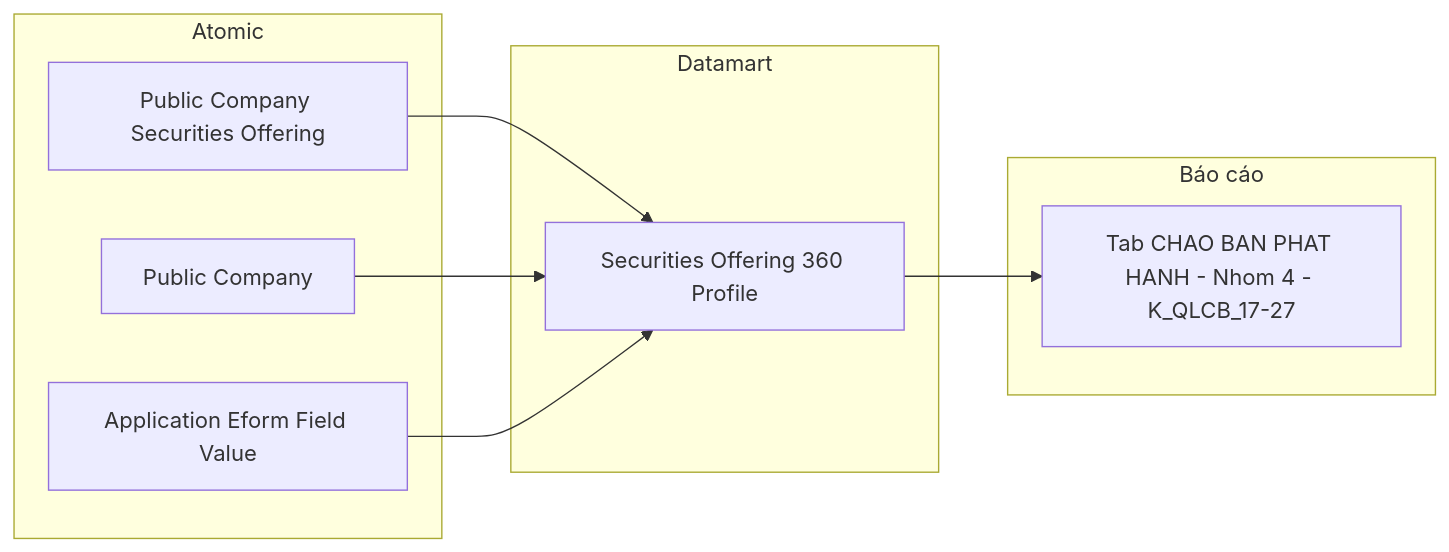
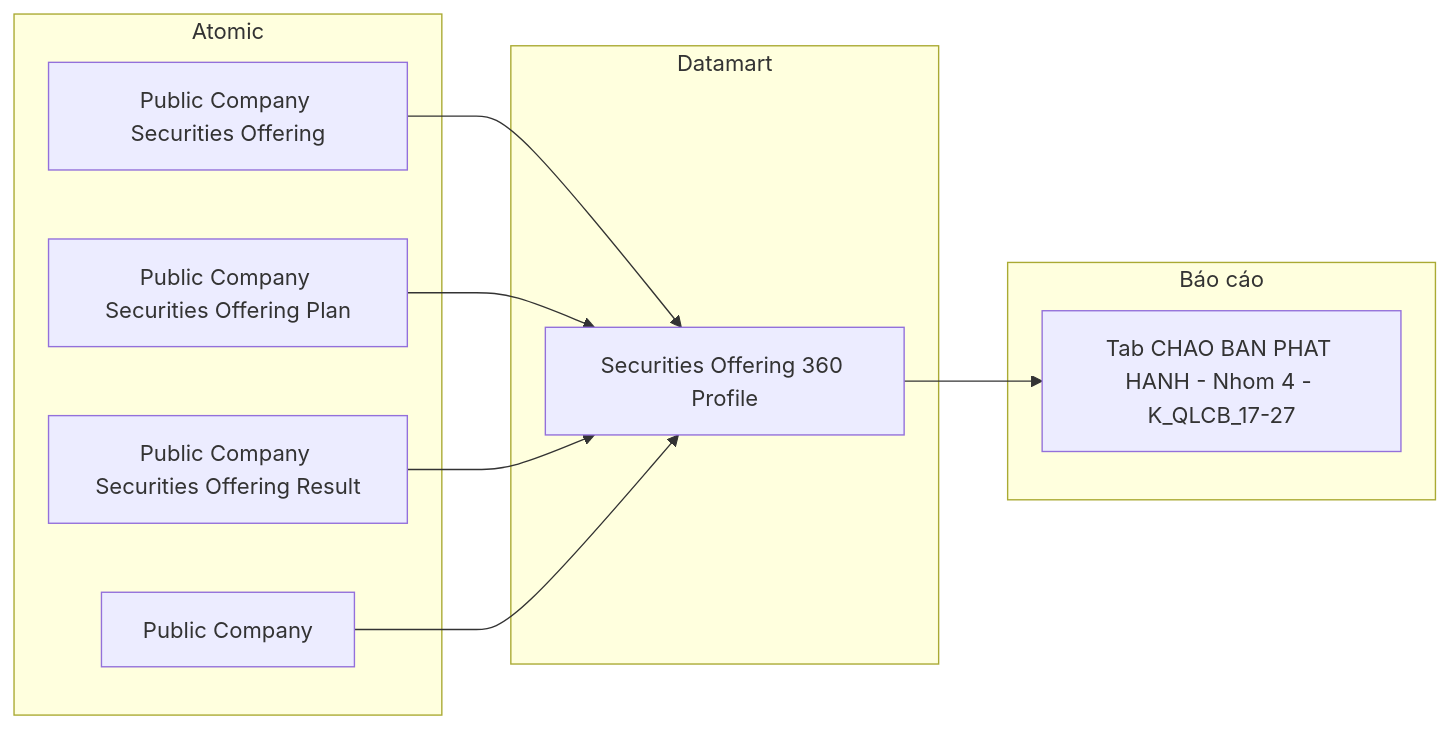
One commit to linhlvit/ubck_atomic_design changed diagram 11 of 21 in Datamart/hld/DTM_QLCB_HLD.md. Above: the diagram before and after it, drawn with Mermaid. The commit also changed other lines of this file and 4 other files, not shown here.

````diff
--- a/Datamart/hld/DTM_QLCB_HLD.md
+++ b/Datamart/hld/DTM_QLCB_HLD.md
@@ -496,18 +556,20 @@
 ```mermaid
 flowchart LR
     subgraph SIL["Atomic"]
         SV1["Public Company Securities Offering"]
+        SV1c["Public Company Securities Offering Plan"]
+        SV1b["Public Company Securities Offering Result"]
         SV2["Public Company"]
-        SV3["Application Eform Field Value"]
     end
     subgraph Datamart["Datamart"]
         G1["Securities Offering 360 Profile"]
     end
     subgraph RPT["Báo cáo"]
         R4["Tab CHAO BAN PHAT HANH - Nhom 4 - K_QLCB_17-27"]
     end
     SV1 --> G1
+    SV1c --> G1
+    SV1b --> G1
     SV2 --> G1
-    SV3 --> G1
     G1 --> R4
 ```
````
